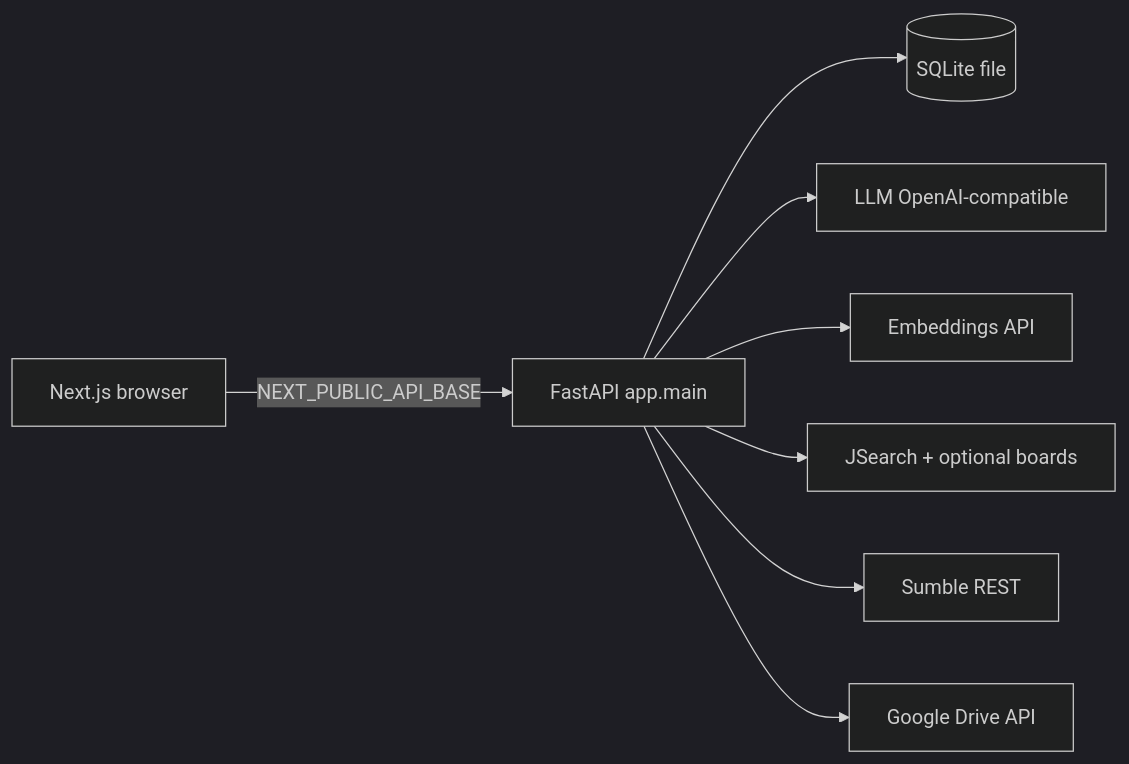
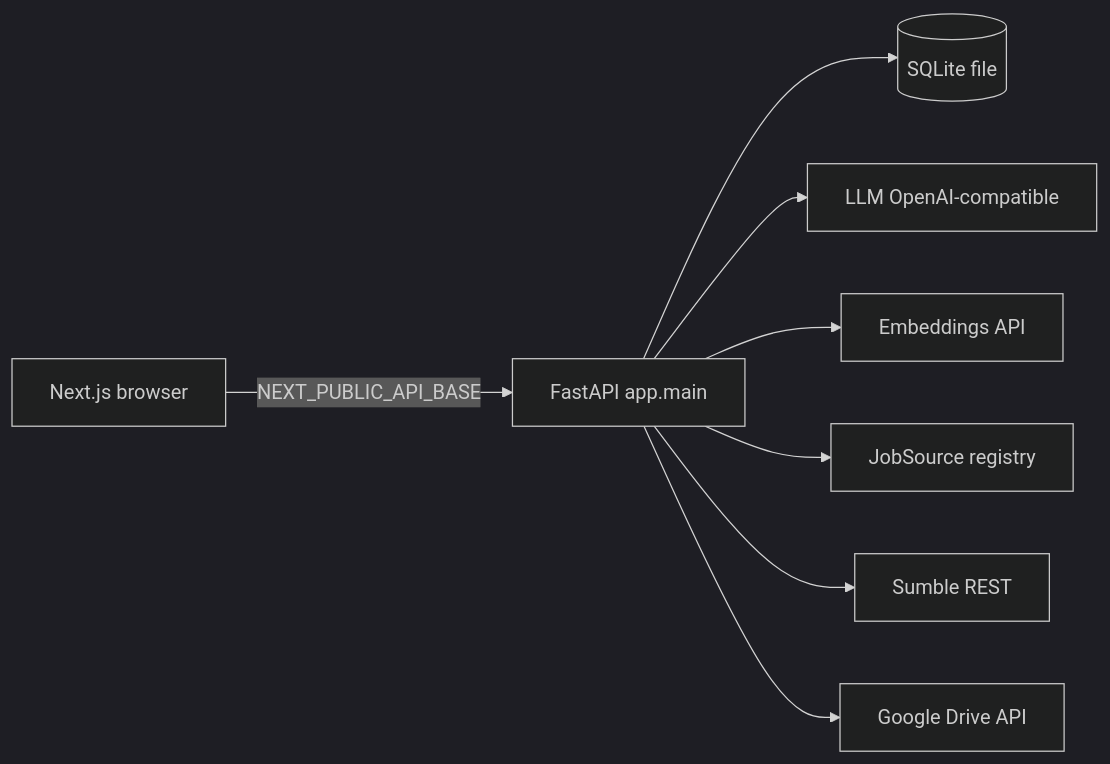
The diagram in ARCHITECTURE.md (kanavgoyal781/teamscout), drawn with Mermaid (dark theme) before and after one commit. The commit also changed other lines of this file and 39 other files, not shown here.

First line of the commit message:
Ship M18 multi-source job provider registry (official APIs only).

````diff
--- a/ARCHITECTURE.md
+++ b/ARCHITECTURE.md
@@ -7,19 +7,19 @@
 ```mermaid
 flowchart LR
   Browser[Next.js browser]
   API[FastAPI app.main]
   SQLite[(SQLite file)]
   LLM[LLM OpenAI-compatible]
   Emb[Embeddings API]
-  Jobs[JSearch + optional boards]
+  Jobs[JobSource registry]
   Sumble[Sumble REST]
   Drive[Google Drive API]
 
   Browser -->|NEXT_PUBLIC_API_BASE| API
   API --> SQLite
   API --> LLM
   API --> Emb
   API --> Jobs
   API --> Sumble
   API --> Drive
 ```
````
